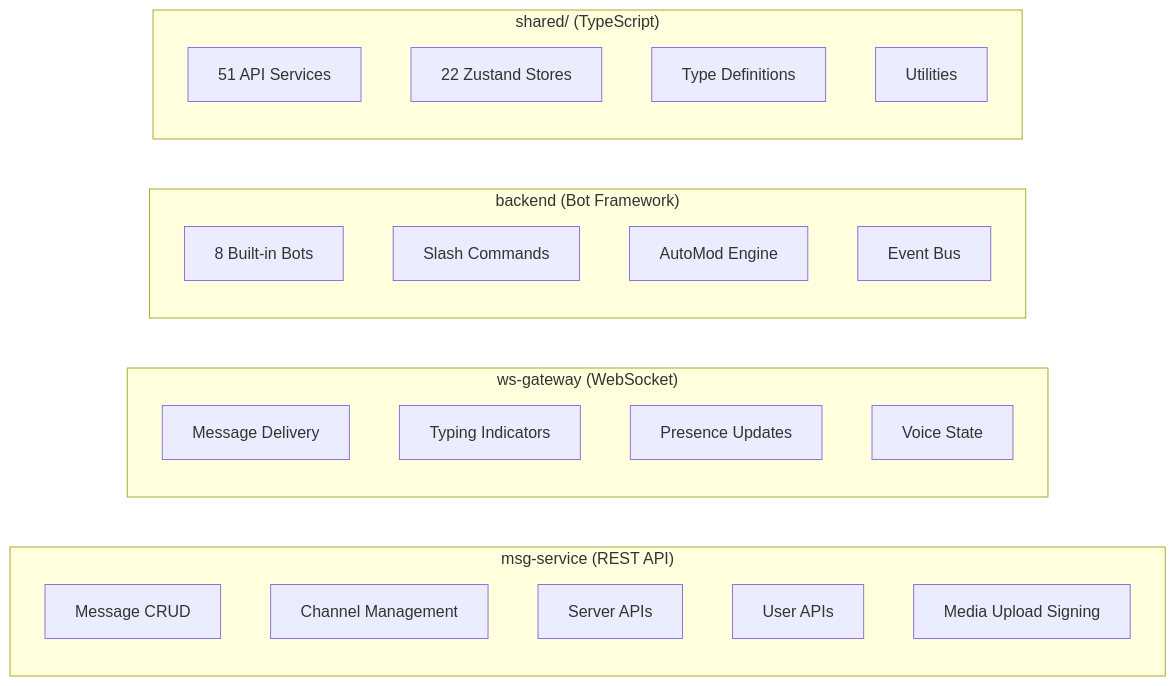
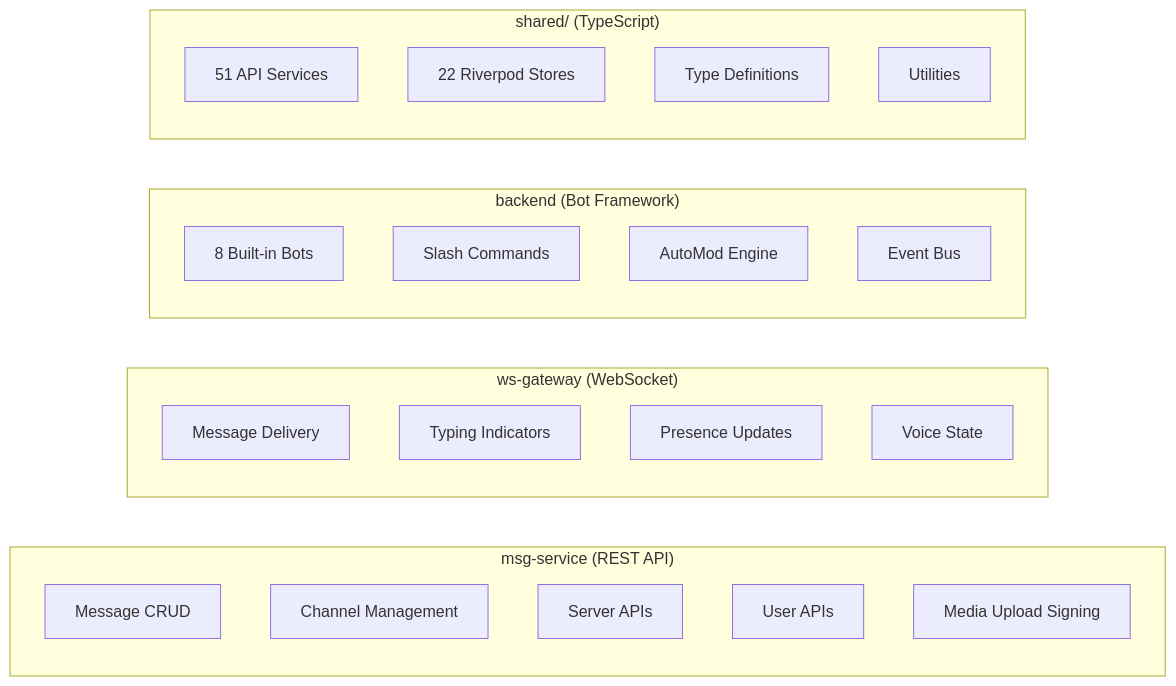
Before and after one commit to Santosh-Prasad-Verma/Flicko: the diagram in docs/CONTRIBUTING.md, drawn with Mermaid. The commit also changed other lines of this file and 3075 other files, not shown here.

````diff
--- a/docs/CONTRIBUTING.md
+++ b/docs/CONTRIBUTING.md
@@ -146,31 +146,31 @@
 ```mermaid
 graph LR
     subgraph MSG["msg-service (REST API)"]
         A1[Message CRUD]
         A2[Channel Management]
         A3[Server APIs]
         A4[User APIs]
         A5[Media Upload Signing]
     end
 
     subgraph WS["ws-gateway (WebSocket)"]
         B1[Message Delivery]
         B2[Typing Indicators]
         B3[Presence Updates]
         B4[Voice State]
     end
 
     subgraph BE["backend (Bot Framework)"]
         C1[8 Built-in Bots]
         C2[Slash Commands]
         C3[AutoMod Engine]
         C4[Event Bus]
     end
 
     subgraph SHARED["shared/ (TypeScript)"]
         D1[51 API Services]
-        D2[22 Zustand Stores]
+        D2[22 Riverpod Stores]
         D3[Type Definitions]
         D4[Utilities]
     end
 ```
````
